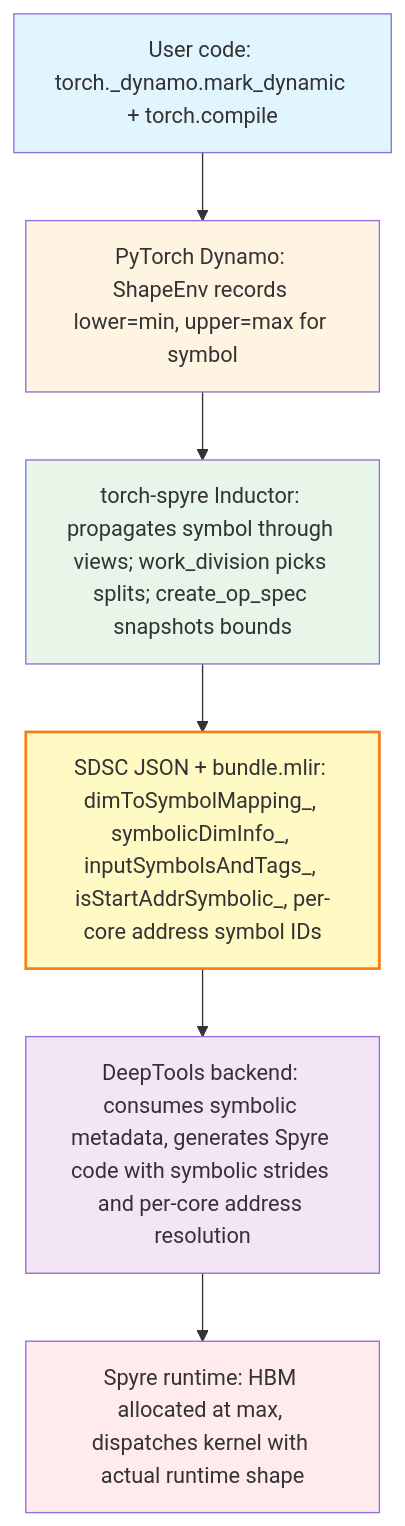
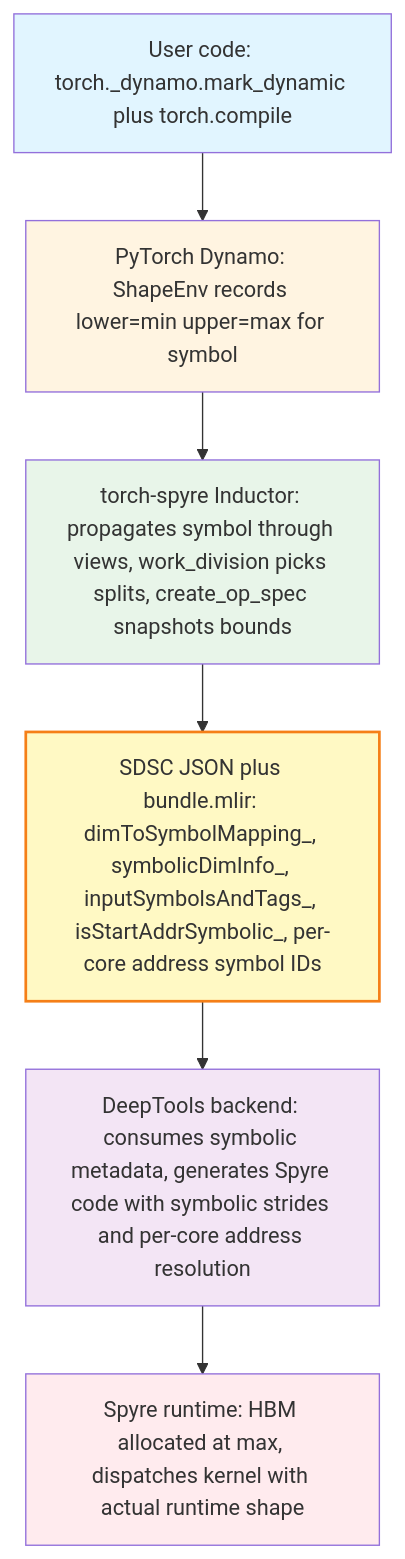
One commit to Vivek1258/torch-spyre changed the first of 5 diagrams in docs/source/compiler/Torch_Spyre_Dynamic_Shapes_Design.md. Above: the diagram before and after it, drawn with Mermaid. The commit also changed other lines of this file, not shown here.

````diff
--- a/docs/source/compiler/Torch_Spyre_Dynamic_Shapes_Design.md
+++ b/docs/source/compiler/Torch_Spyre_Dynamic_Shapes_Design.md
@@ -106,16 +105,16 @@
 ```mermaid
 flowchart TB
-    A[User code: torch._dynamo.mark_dynamic + torch.compile] --> B
-    B[PyTorch Dynamo: ShapeEnv records lower=min, upper=max for symbol] --> C
-    C[torch-spyre Inductor: propagates symbol through views; work_division picks splits; create_op_spec snapshots bounds] --> D
-    D[SDSC JSON + bundle.mlir: dimToSymbolMapping_, symbolicDimInfo_, inputSymbolsAndTags_, isStartAddrSymbolic_, per-core address symbol IDs]
+    A[User code: torch._dynamo.mark_dynamic plus torch.compile] --> B
+    B[PyTorch Dynamo: ShapeEnv records lower=min upper=max for symbol] --> C
+    C[torch-spyre Inductor: propagates symbol through views, work_division picks splits, create_op_spec snapshots bounds] --> D
+    D[SDSC JSON plus bundle.mlir: dimToSymbolMapping_, symbolicDimInfo_, inputSymbolsAndTags_, isStartAddrSymbolic_, per-core address symbol IDs]
     D --> E[DeepTools backend: consumes symbolic metadata, generates Spyre code with symbolic strides and per-core address resolution]
     E --> F[Spyre runtime: HBM allocated at max, dispatches kernel with actual runtime shape]
 
     style A fill:#e1f5ff
     style B fill:#fff4e1
     style C fill:#e8f5e9
     style D fill:#fff9c4,stroke:#f57f17,stroke-width:2px
     style E fill:#f3e5f5
     style F fill:#ffebee
 ```
````
